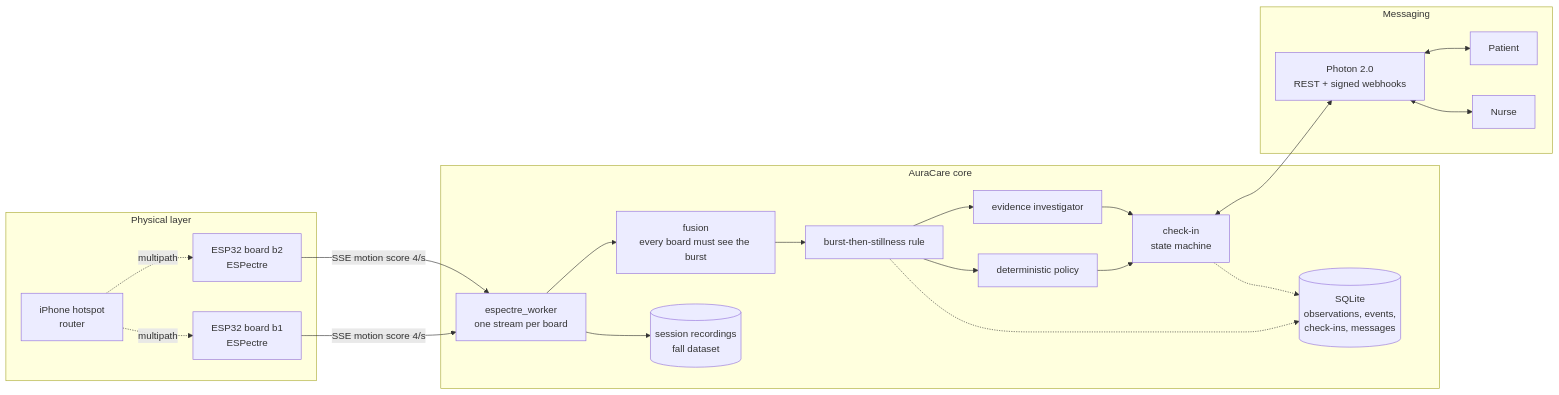
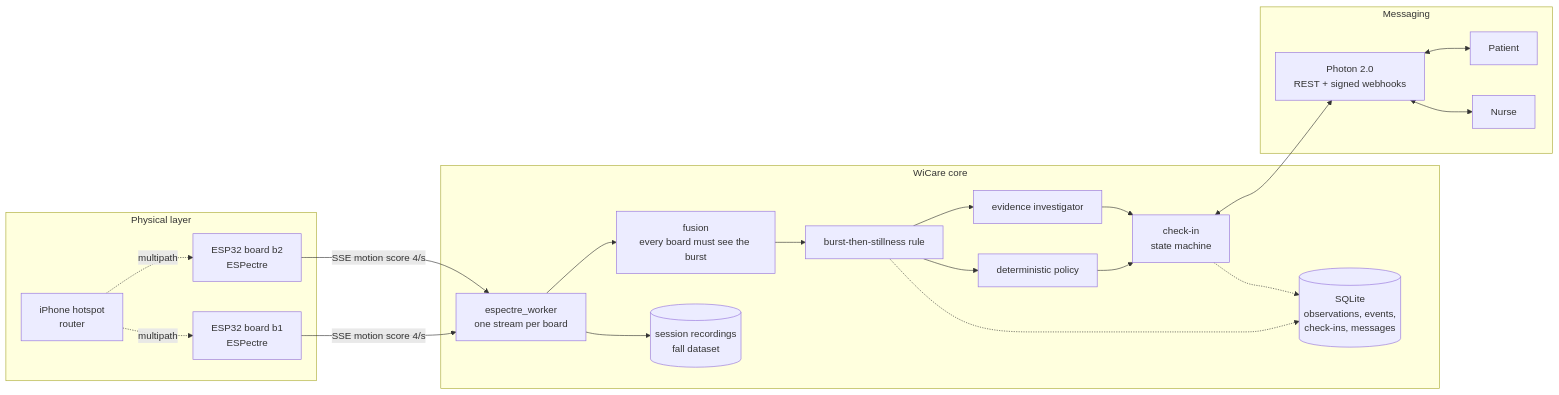
The first of 2 diagrams in README.md (NullPranaya/WiCare), drawn with Mermaid before and after one commit. The commit also changed other lines of this file and 30 other files, not shown here.

Commit message:
WiCare room view: nurse replies 1 and the dashboard opens a 3D hospital room with a pixel-style patient falling out of bed; rename AuraCare to WiCare; phone remote for the monitor

````diff
--- a/README.md
+++ b/README.md
@@ -141,26 +141,26 @@
 ```mermaid
 flowchart LR
     subgraph RF["Physical layer"]
         TX[iPhone hotspot<br/>router] -. multipath .-> B1[ESP32 board b1<br/>ESPectre]
         TX -. multipath .-> B2[ESP32 board b2<br/>ESPectre]
     end
-    subgraph CORE["AuraCare core"]
+    subgraph CORE["WiCare core"]
         B1 -- SSE motion score 4/s --> W[espectre_worker<br/>one stream per board]
         B2 -- SSE motion score 4/s --> W
         W --> F[fusion<br/>every board must see the burst]
         W --> REC[(session recordings<br/>fall dataset)]
         F --> D[burst-then-stillness rule]
         D --> P[deterministic policy]
         P --> C[check-in<br/>state machine]
         D --> I[evidence investigator]
         I --> C
         DB[(SQLite<br/>observations, events,<br/>check-ins, messages)]
         D -.-> DB
         C -.-> DB
     end
     subgraph MSG["Messaging"]
         C <--> PH[Photon 2.0<br/>REST + signed webhooks]
         PH <--> PT[Patient]
         PH <--> CG[Nurse]
     end
 ```
````
